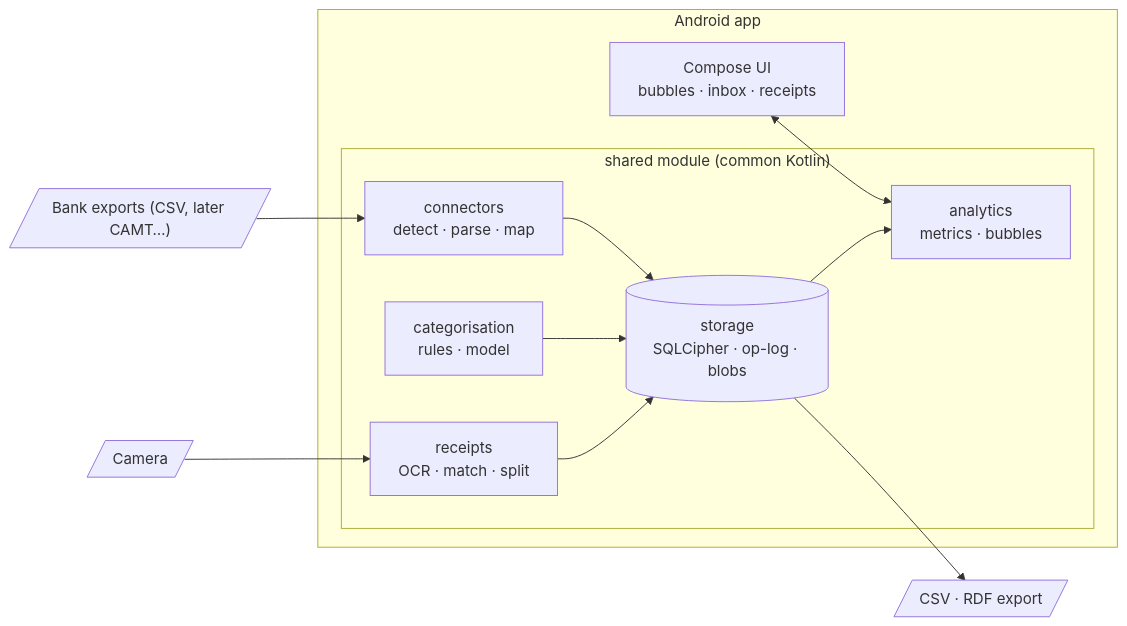
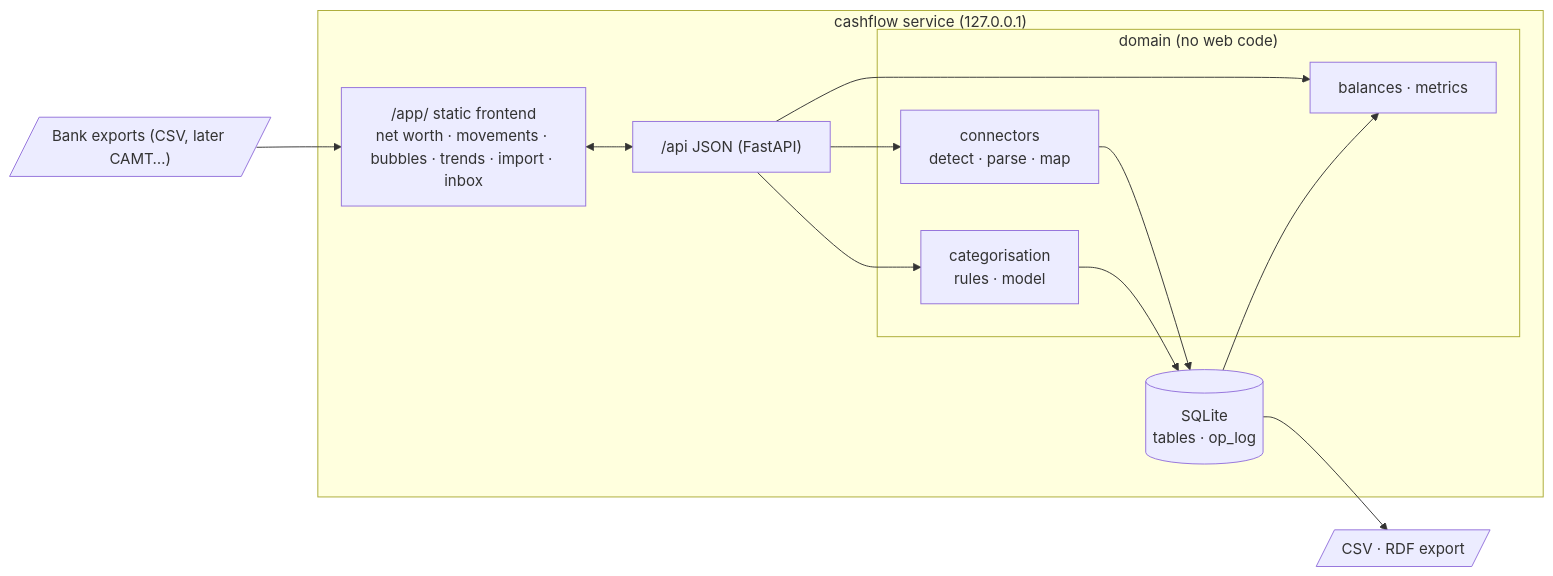
One commit to GerFr/Cashflow changed the diagram in docs/DESIGN.md. Above: the diagram before and after it, drawn with Mermaid. The commit also changed other lines of this file and 11 other files, not shown here.

First line of the commit message:
docs: Python-first local service, phone app later

````diff
--- a/docs/DESIGN.md
+++ b/docs/DESIGN.md
@@ -27,20 +25,20 @@
 ```mermaid
 flowchart LR
-  files[/"Bank exports (CSV, later CAMT…)"/] --> con
-  camera[/"Camera"/] --> rec
-  subgraph app["Android app"]
-    ui["Compose UI<br/>bubbles · inbox · receipts"]
-    subgraph shared["shared module (common Kotlin)"]
+  files[/"Bank exports (CSV, later CAMT…)"/] --> ui
+  subgraph svc["cashflow service (127.0.0.1)"]
+    ui["/app/ static frontend<br/>net worth · movements · bubbles · trends · import · inbox"]
+    api["/api JSON (FastAPI)"]
+    subgraph core["domain (no web code)"]
       con["connectors<br/>detect · parse · map"]
       enr["categorisation<br/>rules · model"]
-      rec["receipts<br/>OCR · match · split"]
-      ana["analytics<br/>metrics · bubbles"]
-      store[("storage<br/>SQLCipher · op-log · blobs")]
+      ana["balances · metrics"]
     end
-    ui <--> ana
+    store[("SQLite<br/>tables · op_log")]
+    ui <--> api
+    api --> con --> store
+    api --> enr --> store
+    api --> ana
+    store --> ana
   end
-  con --> store --> ana
-  enr --> store
-  rec --> store
   store --> out[/"CSV · RDF export"/]
 ```
````
